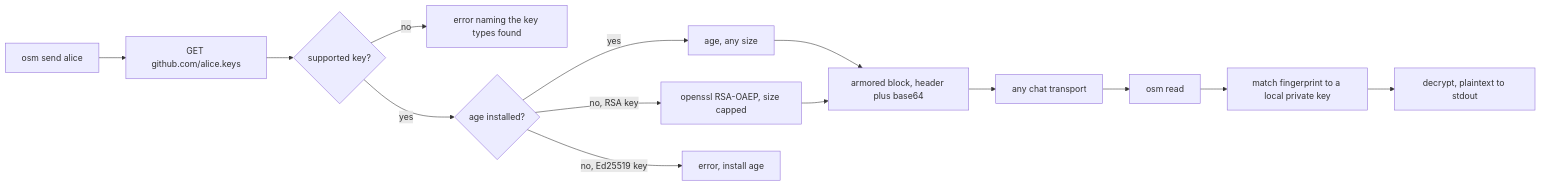
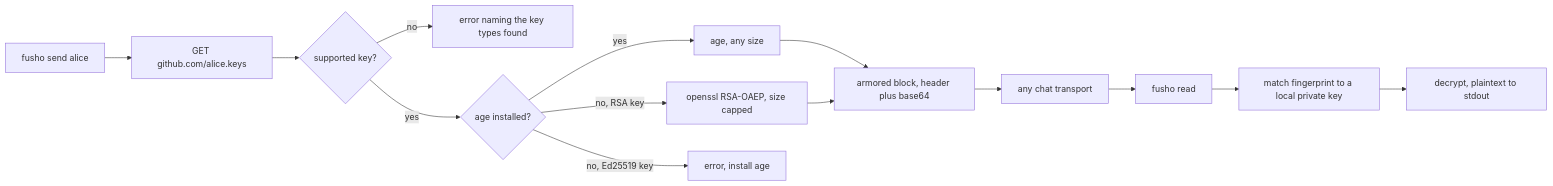
One commit to gufranco/fusho changed the diagram in README.md. Above: the diagram before and after it, drawn with Mermaid. The commit also changed other lines of this file and 37 other files, not shown here.

First line of the commit message:
feat!: rename osm to fusho

````diff
--- a/README.md
+++ b/README.md
@@ -212,16 +212,16 @@
 ```mermaid
 graph LR
-    A["osm send alice"] --> B["GET github.com/alice.keys"]
+    A["fusho send alice"] --> B["GET github.com/alice.keys"]
     B --> C{"supported key?"}
     C -- "no" --> D["error naming the key types found"]
     C -- "yes" --> E{"age installed?"}
     E -- "yes" --> F["age, any size"]
     E -- "no, RSA key" --> G["openssl RSA-OAEP, size capped"]
     E -- "no, Ed25519 key" --> H["error, install age"]
     F --> I["armored block, header plus base64"]
     G --> I
     I --> J["any chat transport"]
-    J --> K["osm read"]
+    J --> K["fusho read"]
     K --> L["match fingerprint to a local private key"]
     L --> M["decrypt, plaintext to stdout"]
 ```
````
